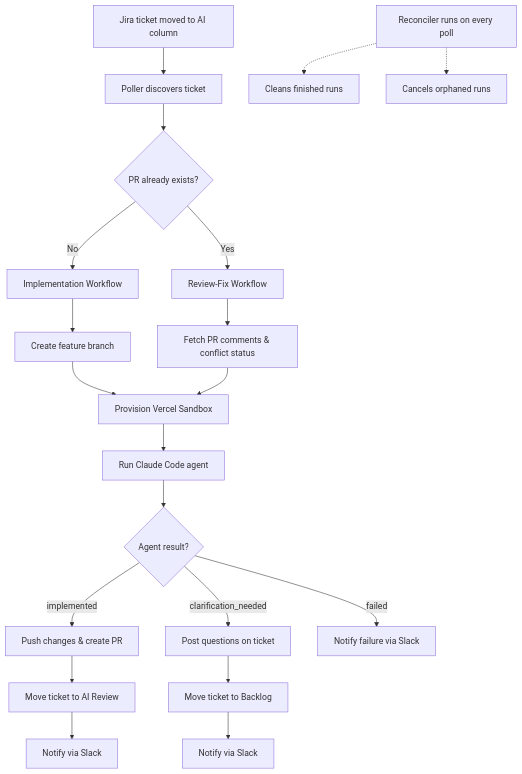
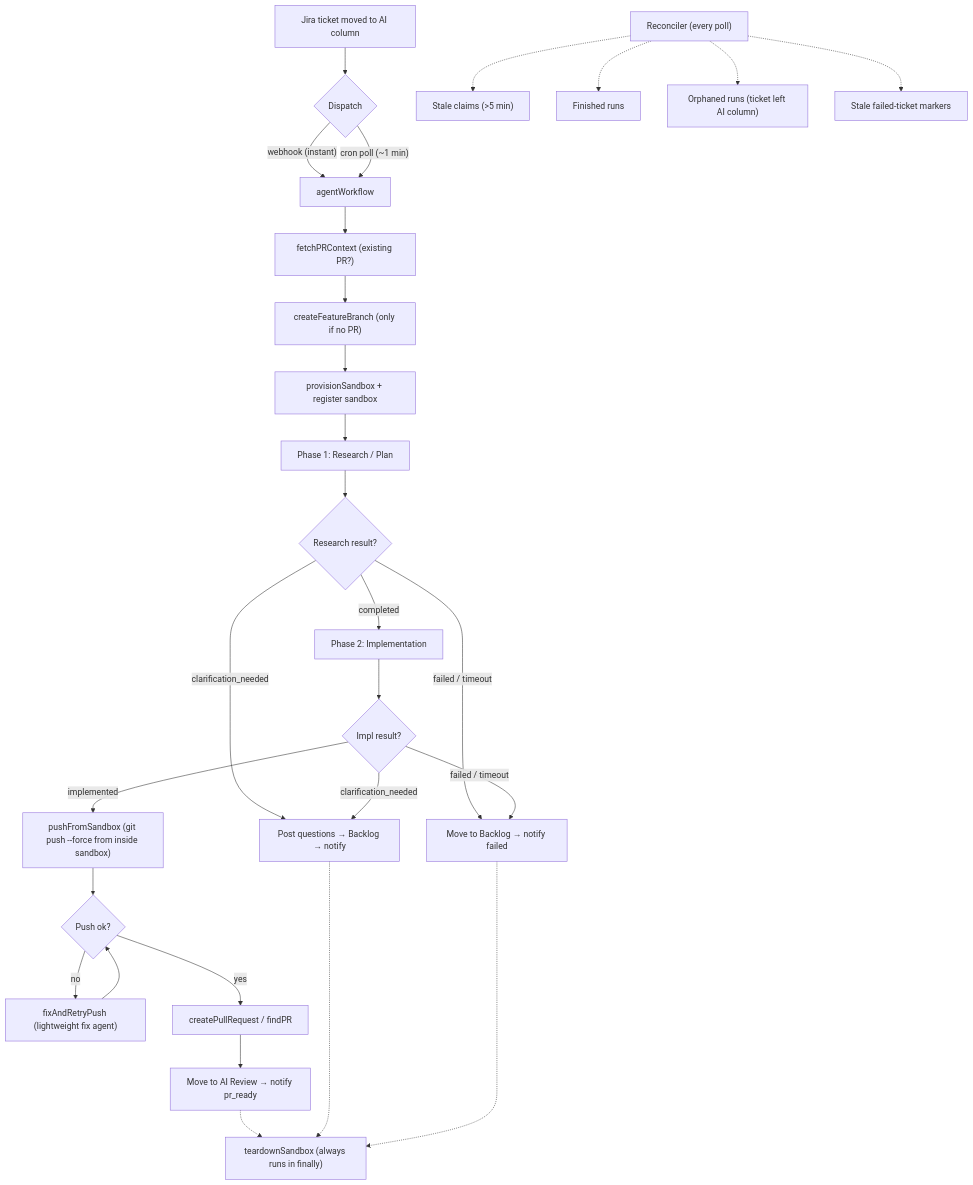
One commit to Blazity/ai-workflow changed the diagram in README.md. Above: the diagram before and after it, drawn with Mermaid. The commit also changed other lines of this file, not shown here.

````diff
--- a/README.md
+++ b/README.md
@@ -17,29 +16,37 @@
 ```mermaid
 flowchart TD
-    A["Jira ticket moved to AI column"] --> B["Poller discovers ticket"]
-    B --> C{"PR already exists?"}
+    A["Jira ticket moved to AI column"] --> B{"Dispatch"}
+    B -- "webhook (instant)" --> D["agentWorkflow"]
+    B -- "cron poll (~1 min)" --> D
 
-    C -- No --> D["Implementation Workflow"]
-    C -- Yes --> E["Review-Fix Workflow"]
+    D --> E["fetchPRContext (existing PR?)"]
+    E --> F["createFeatureBranch (only if no PR)"]
+    F --> G["provisionSandbox + register sandbox"]
 
-    D --> F["Create feature branch"]
-    F --> G["Provision Vercel Sandbox"]
-    G --> H["Run Claude Code agent"]
-    H --> I{Agent result?}
+    G --> P1["Phase 1: Research / Plan"]
+    P1 --> P1R{Research result?}
+    P1R -- "clarification_needed" --> CL["Post questions → Backlog → notify"]
+    P1R -- "failed / timeout" --> FB["Move to Backlog → notify failed"]
+    P1R -- "completed" --> P2["Phase 2: Implementation"]
 
-    I -- "implemented" --> J["Push changes & create PR"]
-    J --> K["Move ticket to AI Review"]
-    K --> L["Notify via Slack"]
+    P2 --> P2R{Impl result?}
+    P2R -- "clarification_needed" --> CL
+    P2R -- "failed / timeout" --> FB
+    P2R -- "implemented" --> PUSH["pushFromSandbox (git push --force from inside sandbox)"]
 
-    I -- "clarification_needed" --> M["Post questions on ticket"]
-    M --> N["Move ticket to Backlog"]
-    N --> O["Notify via Slack"]
+    PUSH --> PUSHR{Push ok?}
+    PUSHR -- "no" --> FIX["fixAndRetryPush (lightweight fix agent)"]
+    FIX --> PUSHR
+    PUSHR -- "yes" --> PR["createPullRequest / findPR"]
+    PR --> MV["Move to AI Review → notify pr_ready"]
 
-    I -- "failed" --> P["Notify failure via Slack"]
+    TD["teardownSandbox (always runs in finally)"]
+    MV -.-> TD
+    CL -.-> TD
+    FB -.-> TD
 
-    E --> Q["Fetch PR comments & conflict status"]
-    Q --> G
-
-    R["Reconciler runs on every poll"] -.-> S["Cleans finished runs"]
-    R -.-> T["Cancels orphaned runs"]
+    R["Reconciler (every poll)"] -.-> R1["Stale claims (>5 min)"]
+    R -.-> R2["Finished runs"]
+    R -.-> R3["Orphaned runs (ticket left AI column)"]
+    R -.-> R4["Stale failed-ticket markers"]
 ```
````
